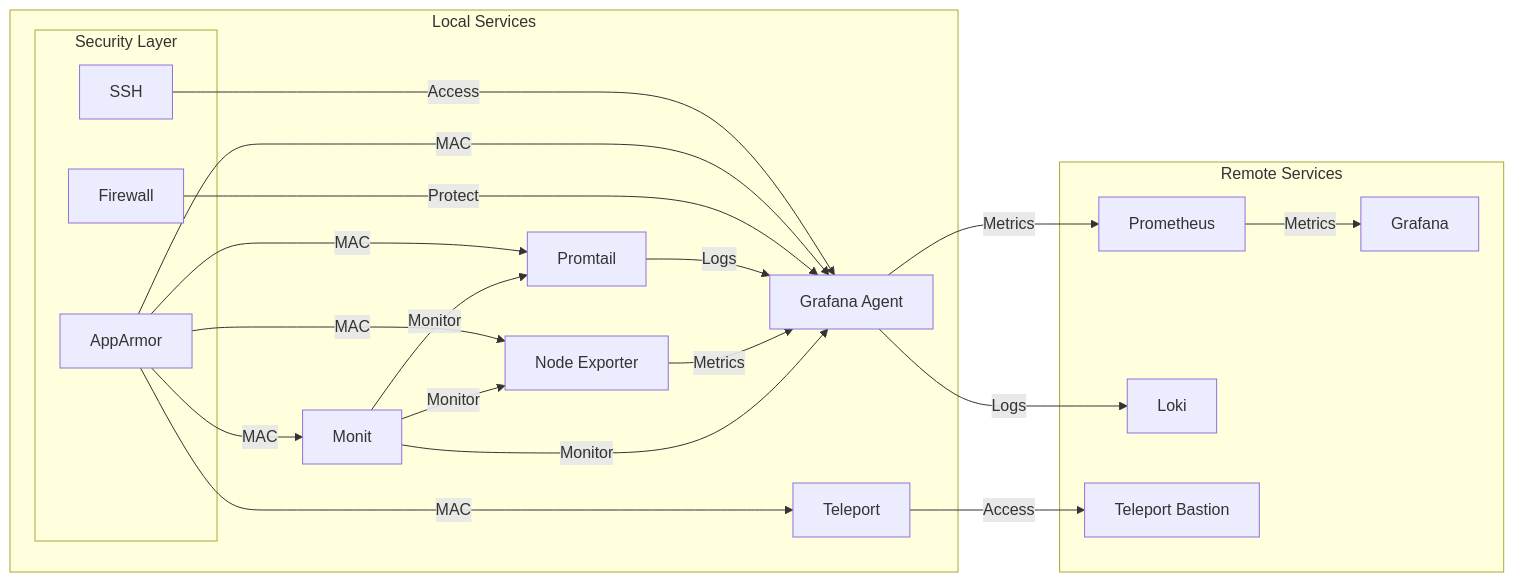
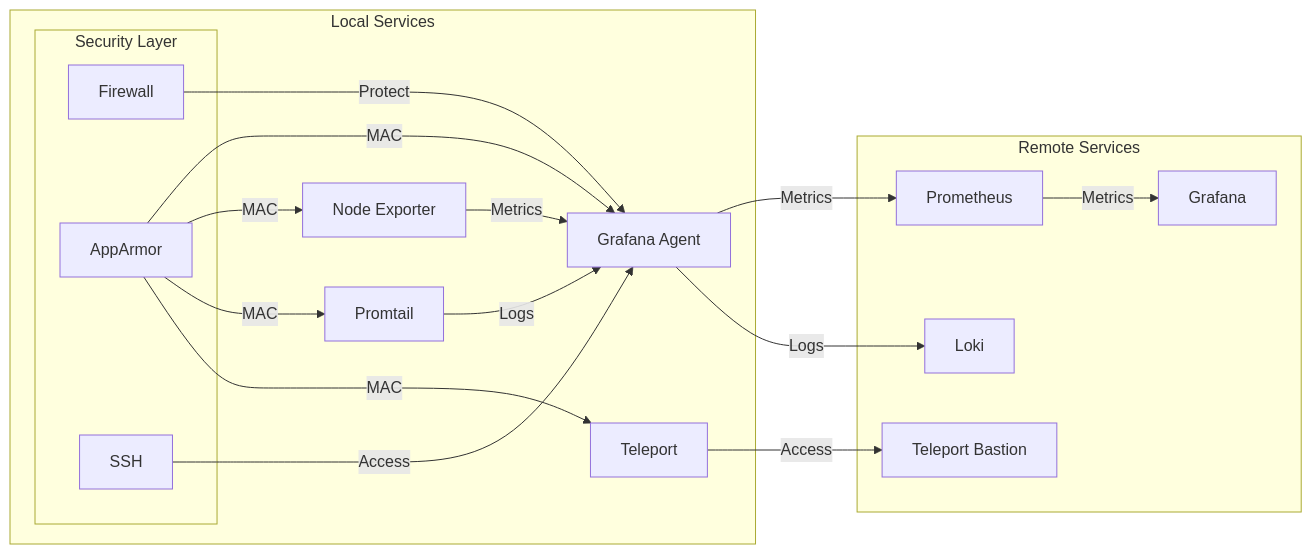
One commit to pampatzoglou/provision-validators changed the second of 2 diagrams in roles/admin/README.md. Above: the diagram before and after it, drawn with Mermaid. The commit also changed other lines of this file and 27 other files, not shown here.

````diff
--- a/roles/admin/README.md
+++ b/roles/admin/README.md
@@ -269,40 +251,36 @@
 ```mermaid
 graph LR
     subgraph Local Services
         A[Grafana Agent]
         B[Node Exporter]
         C[Promtail]
-        D[Monit] --> |Monitor| A
-        D --> |Monitor| B
-        D --> |Monitor| C
         T[Teleport]
         
         subgraph Security Layer
             E[Firewall]
             F[AppArmor]
             G[SSH]
         end
     end
 
     subgraph Remote Services
         H[Prometheus]
         I[Grafana]
         J[Loki]
         K[Teleport Bastion]
     end
 
     B --> |Metrics| A
     C --> |Logs| A
     A --> |Metrics| H
     A --> |Logs| J
     H --> |Metrics| I
     T --> |Access| K
 
     E --> |Protect| A
     F --> |MAC| A
     F --> |MAC| B
     F --> |MAC| C
-    F --> |MAC| D
     F --> |MAC| T
     G --> |Access| A
 ```
````
